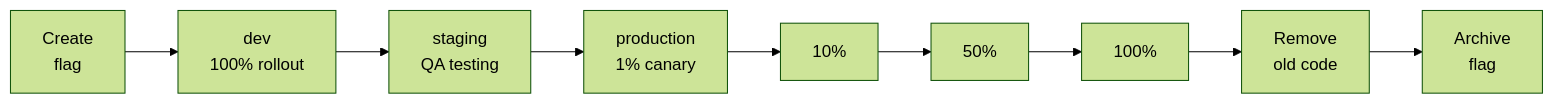
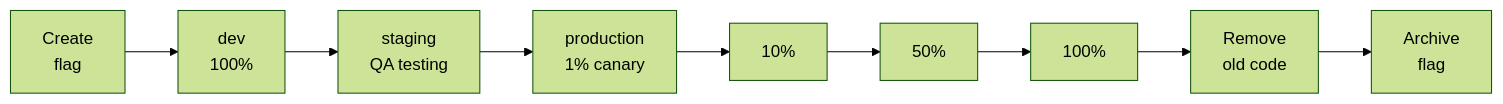
Before and after one commit to edgar-dev20/mozhno: the diagram in docs/en/guide/flags-workflow.md, drawn with Mermaid (forest theme). The commit also changed other lines of this file and 1 other file, not shown here.

Commit message:
docs: rewrite flags-workflow — cleaner lifecycle, remove strategy checklist and redundant diagrams

````diff
--- a/docs/en/guide/flags-workflow.md
+++ b/docs/en/guide/flags-workflow.md
@@ -61,11 +43,11 @@
 ```mermaid
 flowchart LR
-    A[Create<br/>flag] --> B[dev<br/>100% rollout]
+    A[Create<br/>flag] --> B[dev<br/>100%]
     B --> C[staging<br/>QA testing]
     C --> D[production<br/>1% canary]
     D --> E[10%]
     E --> F[50%]
     F --> G[100%]
     G --> H[Remove<br/>old code]
     H --> I[Archive<br/>flag]
 ```
````
